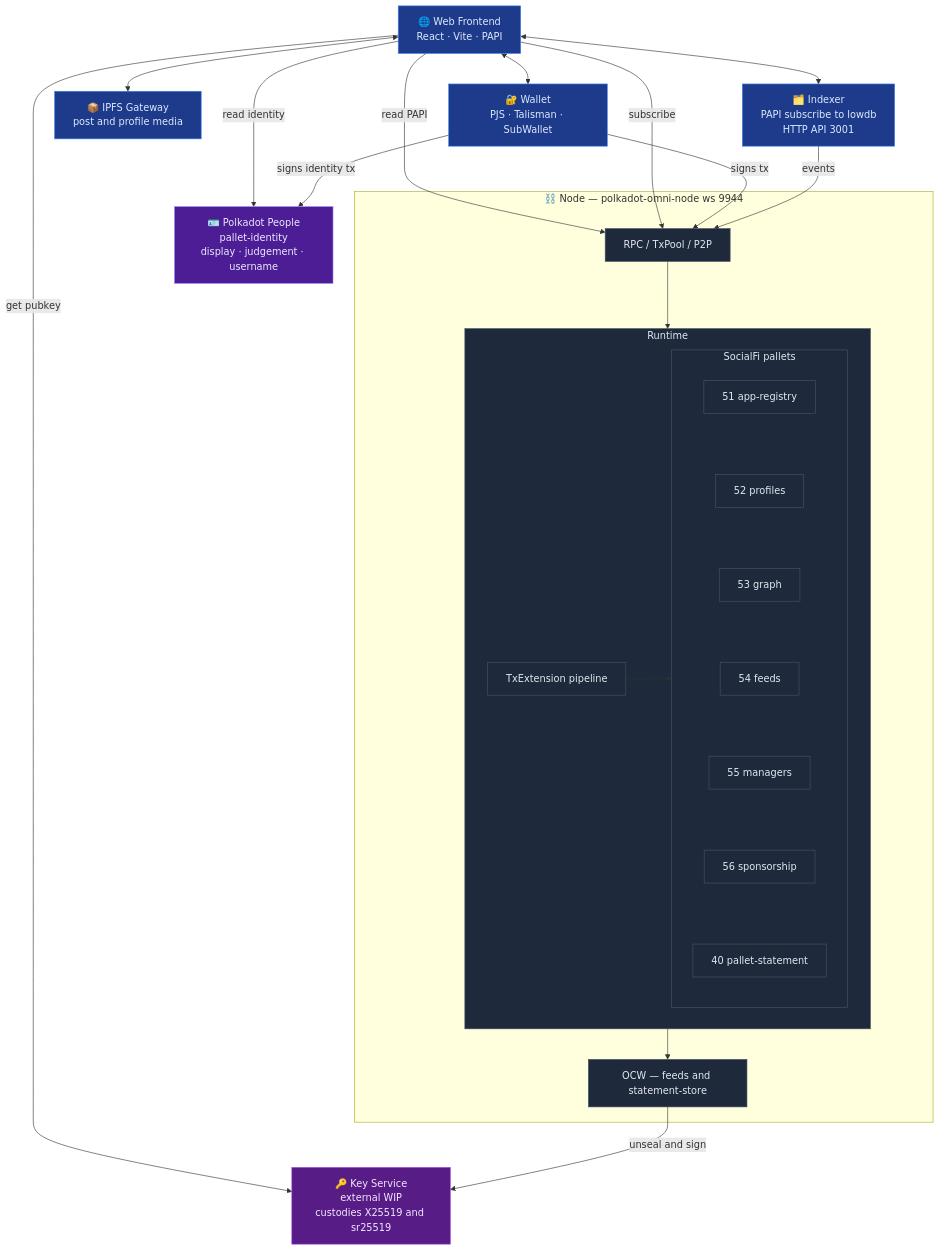
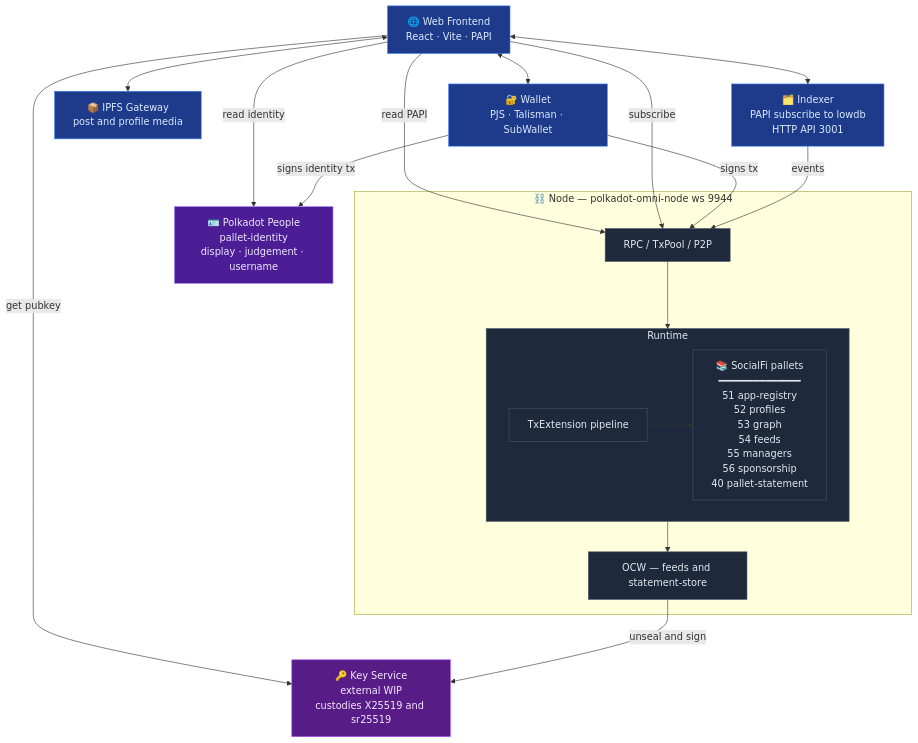
One commit to germankuber/socialfi-protocol changed the diagram in README.md. Above: the diagram before and after it, drawn with Mermaid.

Commit message:
docs(readme): collapse the 7 pallets into a single multiline node
GitHub's mermaid renderer doesn't expose nodeSpacing so the stack of 7 pallet nodes + invisible links was always leaving a big vertical gap. Replacing them with one multiline node keeps every pallet name visible but eliminates the inter-node padding. Also drops the no-longer-existing node IDs (AR/PR/GR/FD/MG/SP/ST) from the classDef list.

````diff
--- a/README.md
+++ b/README.md
@@ -15,56 +15,46 @@
 ```mermaid
 flowchart TB
     Wallet["🔐 Wallet<br/>PJS · Talisman · SubWallet"]
     IPFS["📦 IPFS Gateway<br/>post and profile media"]
     Front["🌐 Web Frontend<br/>React · Vite · PAPI"]
     Indexer["🗂️ Indexer<br/>PAPI subscribe to lowdb<br/>HTTP API 3001"]
     KS["🔑 Key Service<br/>external WIP<br/>custodies X25519 and sr25519"]
     People["🪪 Polkadot People<br/>pallet-identity<br/>display · judgement · username"]
 
     subgraph Node["⛓️ Node — polkadot-omni-node ws 9944"]
         RPC["RPC / TxPool / P2P"]
         subgraph RT["Runtime"]
             TxExt["TxExtension pipeline"]
-            subgraph Pallets["SocialFi pallets"]
-                direction TB
-                AR["51 app-registry"]
-                PR["52 profiles"]
-                GR["53 graph"]
-                FD["54 feeds"]
-                MG["55 managers"]
-                SP["56 sponsorship"]
-                ST["40 pallet-statement"]
-                AR ~~~ PR ~~~ GR ~~~ FD ~~~ MG ~~~ SP ~~~ ST
-            end
+            Pallets["📚 SocialFi pallets<br/>━━━━━━━━━━━━━━<br/>51 app-registry<br/>52 profiles<br/>53 graph<br/>54 feeds<br/>55 managers<br/>56 sponsorship<br/>40 pallet-statement"]
             TxExt --> Pallets
         end
         OCW["OCW — feeds and statement-store"]
         RPC --> RT
         RT --> OCW
     end
 
     Front <--> Wallet
     Front <--> IPFS
     Front <--> Indexer
 
     Front -- "read PAPI" --> RPC
     Front -- "subscribe" --> RPC
 
     Wallet -- "signs tx" --> RPC
 
     Front -- "read identity" --> People
     Wallet -- "signs identity tx" --> People
 
     Indexer -- "events" --> RPC
     Front -- "get pubkey" --> KS
     OCW -- "unseal and sign" --> KS
 
     classDef user fill:#1e3a8a,color:#dbeafe,stroke:#3b82f6
     classDef chain fill:#1e293b,color:#e2e8f0,stroke:#475569
     classDef external fill:#581c87,color:#f3e8ff,stroke:#a855f7
     classDef people fill:#4c1d95,color:#ede9fe,stroke:#a78bfa
     class Wallet,Front,IPFS,Indexer user
-    class RPC,RT,OCW,TxExt,Pallets,AR,PR,GR,FD,MG,SP,ST chain
+    class RPC,RT,OCW,TxExt,Pallets chain
     class KS external
     class People people
 ```
````
